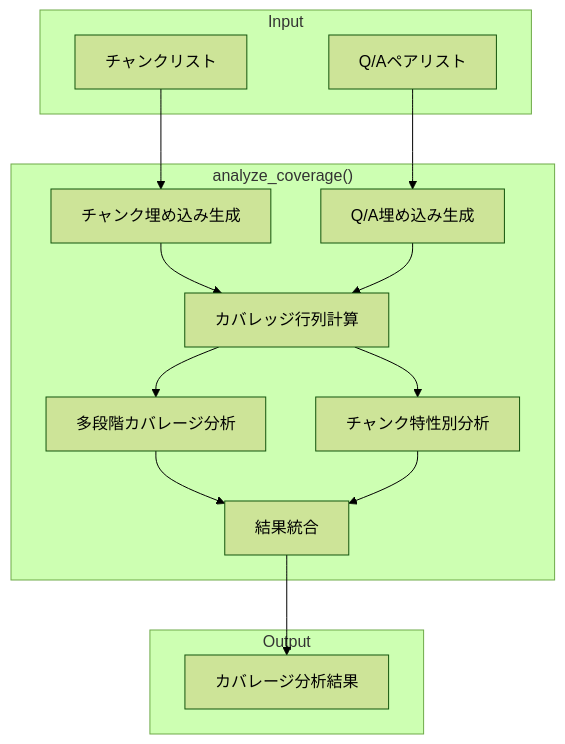
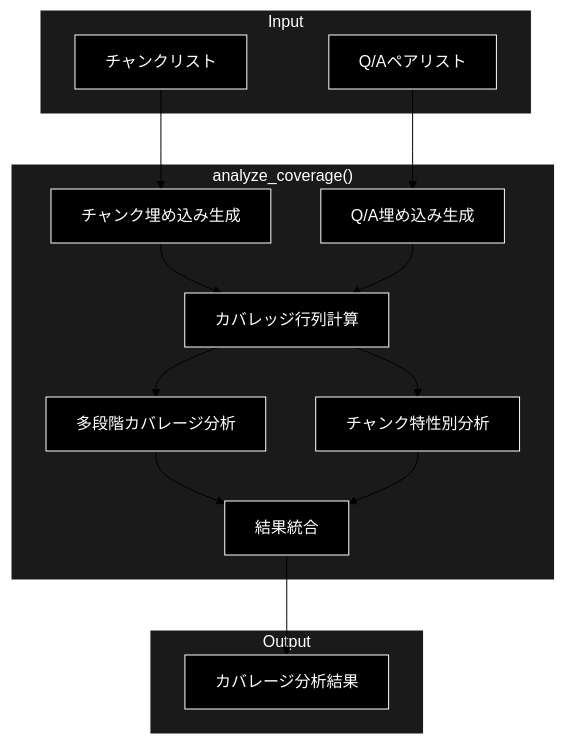
Before and after one commit to nakashima2toshio/ollama_grace_agent_v2: the first of 6 diagrams in qa_generation/doc/evaluation.md, drawn with Mermaid (forest theme). The commit also changed other lines of this file and 7 other files, not shown here.

````diff
--- a/qa_generation/doc/evaluation.md
+++ b/qa_generation/doc/evaluation.md
@@ -76,30 +76,36 @@
 ```mermaid
 graph TB
     subgraph Input
         A[チャンクリスト]
         B[Q/Aペアリスト]
     end
 
-    subgraph "analyze_coverage()"
+    subgraph AnalyzeCoverage["analyze_coverage()"]
         C[チャンク埋め込み生成]
         D[Q/A埋め込み生成]
         E[カバレッジ行列計算]
         F[多段階カバレージ分析]
         G[チャンク特性別分析]
         H[結果統合]
     end
 
     subgraph Output
         I[カバレージ分析結果]
     end
 
     A --> C
     B --> D
     C --> E
     D --> E
     E --> F
     E --> G
     F --> H
     G --> H
     H --> I
+classDef default fill:#000,stroke:#fff,color:#fff
+classDef subgraphStyle fill:#1a1a1a,stroke:#fff,color:#fff
+class A,B,C,D,E,F,G,H,I default
+style Input fill:#1a1a1a,stroke:#fff,color:#fff
+style AnalyzeCoverage fill:#1a1a1a,stroke:#fff,color:#fff
+style Output fill:#1a1a1a,stroke:#fff,color:#fff
 ```
````
